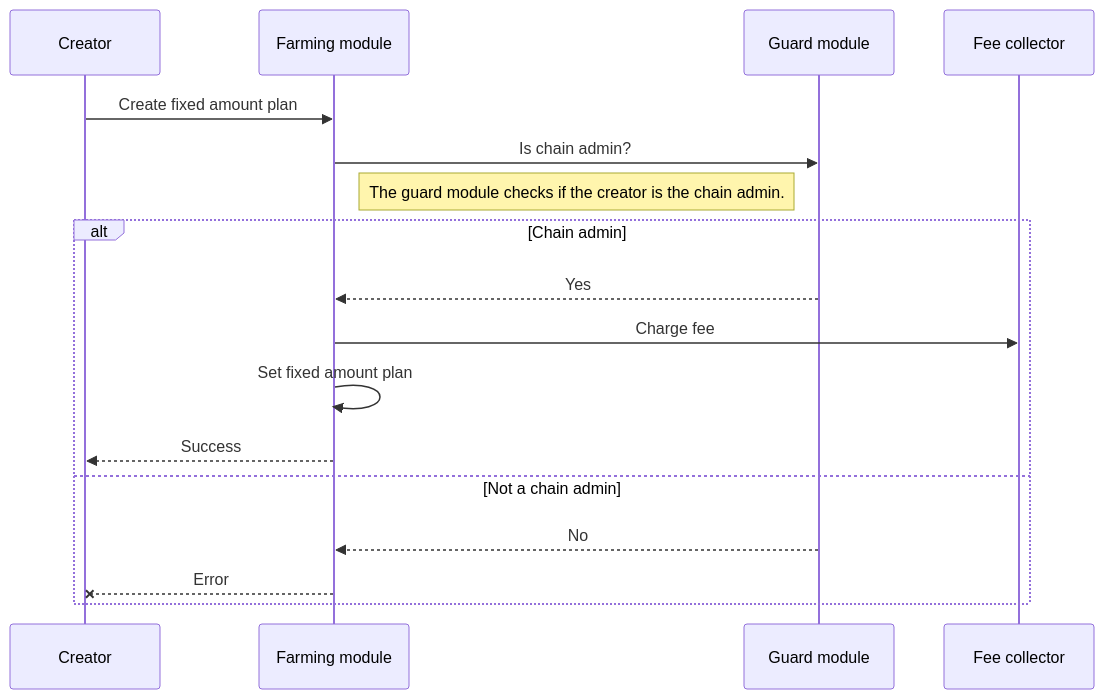
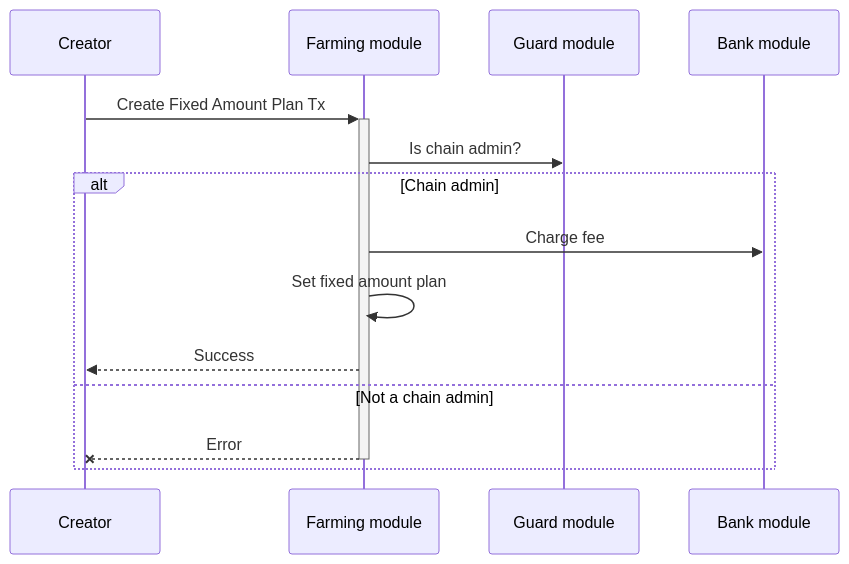
One commit to MANTRA-Chain/mantrachain changed the first of 7 diagrams in x/farming/spec/09_txs_flows.md. Above: the diagram before and after it, drawn with Mermaid. The commit also changed other lines of this file and 12 other files, not shown here.

Commit message:
docs: add update txs flows docs

````diff
--- a/x/farming/spec/09_txs_flows.md
+++ b/x/farming/spec/09_txs_flows.md
@@ -7,15 +7,12 @@
 ```mermaid
 sequenceDiagram
-Creator ->> Farming module: Create fixed amount plan
+Creator->>+Farming module: Create Fixed Amount Plan Tx
 Farming module->>Guard module: Is chain admin?
-Note left of Guard module: The guard module checks if the creator is the chain admin.
 alt Chain admin
-  Guard module-->>Farming module: Yes
-  Farming module->>Fee collector: Charge fee
+  Farming module->>Bank module: Charge fee
   Farming module->>Farming module: Set fixed amount plan
-  Farming module-->> Creator: Success
+  Farming module-->>Creator: Success
 else Not a chain admin
-  Guard module-->>Farming module: No
-  Farming module--x Creator: Error
+  Farming module--x-Creator: Error
 end
 ```
````
